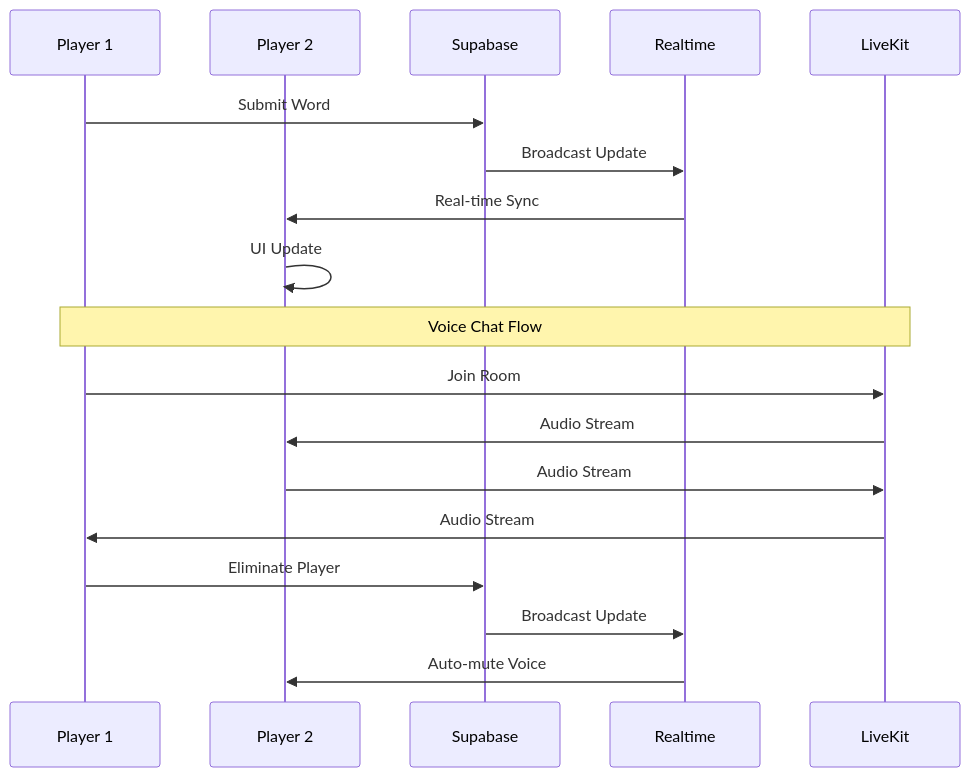
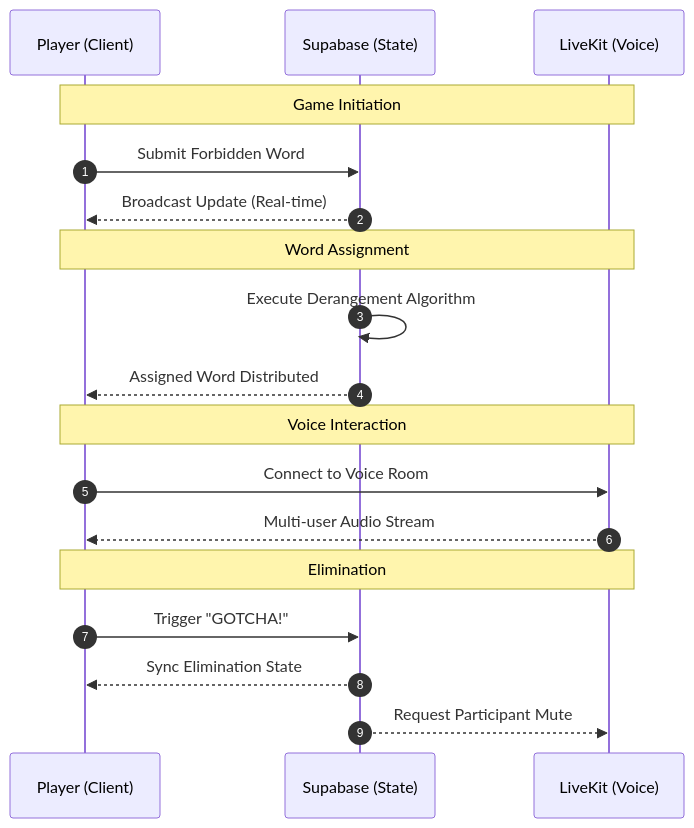
One commit to MarkeloPuangpoo/loodpak changed the third of 4 diagrams in README.md. Above: the diagram before and after it, drawn with Mermaid. The commit also changed other lines of this file, not shown here.

````diff
--- a/README.md
+++ b/README.md
@@ -140,23 +150,24 @@
 ```mermaid
 sequenceDiagram
-    participant P1 as Player 1
-    participant P2 as Player 2
-    participant DB as Supabase
-    participant RT as Realtime
-    participant VC as LiveKit
+    autonumber
+    participant P as Player (Client)
+    participant S as Supabase (State)
+    participant L as LiveKit (Voice)
     
-    P1->>DB: Submit Word
-    DB->>RT: Broadcast Update
-    RT->>P2: Real-time Sync
-    P2->>P2: UI Update
+    Note over P,L: Game Initiation
+    P->>S: Submit Forbidden Word
+    S-->>P: Broadcast Update (Real-time)
     
-    Note over P1,VC: Voice Chat Flow
-    P1->>VC: Join Room
-    VC->>P2: Audio Stream
-    P2->>VC: Audio Stream
-    VC->>P1: Audio Stream
+    Note over P,L: Word Assignment
+    S->>S: Execute Derangement Algorithm
+    S-->>P: Assigned Word Distributed
     
-    P1->>DB: Eliminate Player
-    DB->>RT: Broadcast Update
-    RT->>P2: Auto-mute Voice
+    Note over P,L: Voice Interaction
+    P->>L: Connect to Voice Room
+    L-->>P: Multi-user Audio Stream
+    
+    Note over P,L: Elimination
+    P->>S: Trigger "GOTCHA!"
+    S-->>P: Sync Elimination State
+    S-->>L: Request Participant Mute
 ```
````
